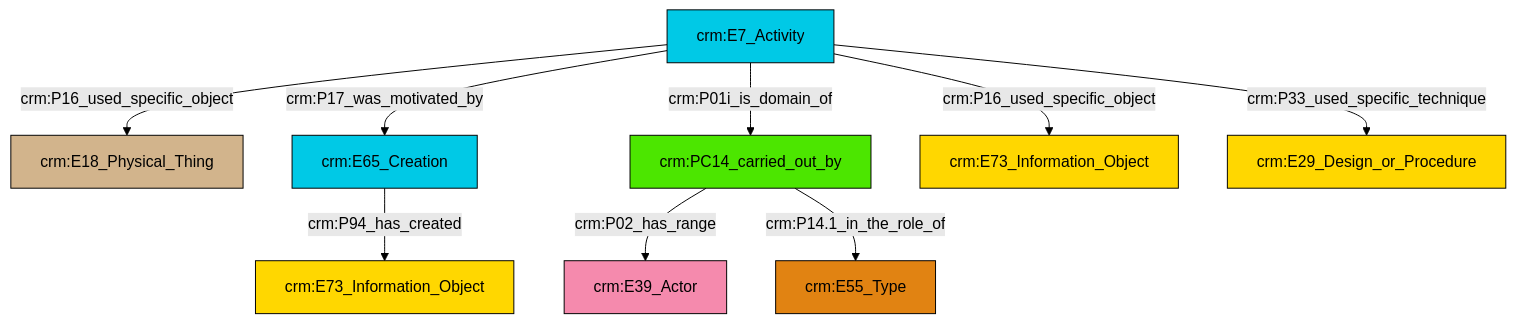
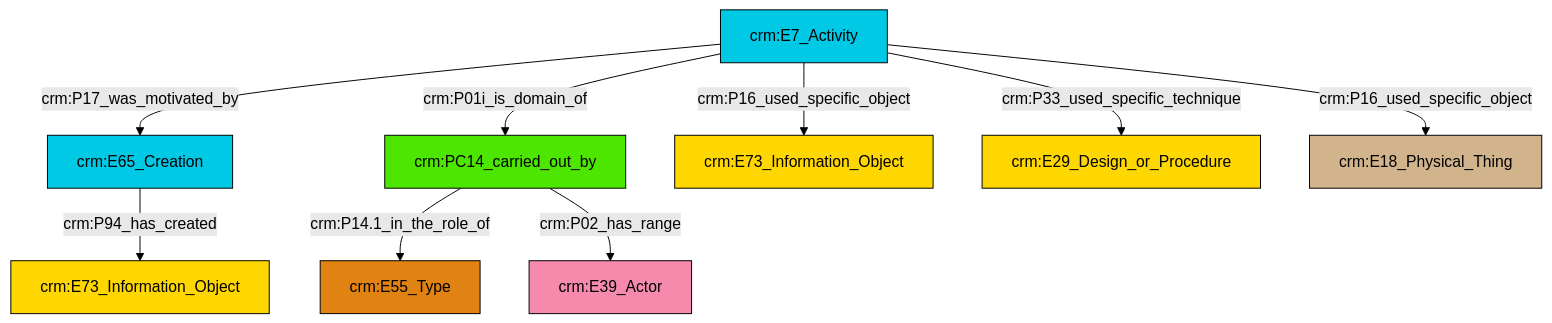
The diagram in et/eventCSV/ttl/mmd/event_participation.ttl.mmd (ncarboni/srdm), drawn with Mermaid (forest theme) before and after one commit. The commit also changed 187 other files, not shown here.

```diff
--- a/et/eventCSV/ttl/mmd/event_participation.ttl.mmd
+++ b/et/eventCSV/ttl/mmd/event_participation.ttl.mmd
@@ -1,23 +1,23 @@
 graph TD
 classDef Literal fill:#f2f2f2,stroke:#000000;
 classDef CRM_Entity fill:#FFFFFF,stroke:#000000;
 classDef Temporal_Entity fill:#00C9E6, stroke:#000000;
 classDef Type fill:#E18312, stroke:#000000;
 classDef Time-Span fill:#2C9C91, stroke:#000000;
 classDef Appellation fill:#FFEB7F, stroke:#000000;
 classDef Place fill:#008836, stroke:#000000;
 classDef Persistent_Item fill:#B266B2, stroke:#000000;
 classDef Conceptual_Object fill:#FFD700, stroke:#000000;
 classDef Physical_Thing fill:#D2B48C, stroke:#000000;
 classDef Actor fill:#f58aad, stroke:#000000;
 classDef PC_Classes fill:#4ce600, stroke:#000000;
 classDef Multi fill:#cccccc,stroke:#000000;
 
-2["crm:E7_Activity"]:::Temporal_Entity -->|crm:P17_was_motivated_by| 3["crm:E65_Creation"]:::Temporal_Entity
-2["crm:E7_Activity"]:::Temporal_Entity -->|crm:P16_used_specific_object| 6["crm:E73_Information_Object"]:::Conceptual_Object
-2["crm:E7_Activity"]:::Temporal_Entity -->|crm:P16_used_specific_object| 0["crm:E18_Physical_Thing"]:::Physical_Thing
-3["crm:E65_Creation"]:::Temporal_Entity -->|crm:P94_has_created| 9["crm:E73_Information_Object"]:::Conceptual_Object
-2["crm:E7_Activity"]:::Temporal_Entity -->|crm:P33_used_specific_technique| 11["crm:E29_Design_or_Procedure"]:::Conceptual_Object
-4["crm:PC14_carried_out_by"]:::PC_Classes -->|crm:P02_has_range| 13["crm:E39_Actor"]:::Actor
-2["crm:E7_Activity"]:::Temporal_Entity -->|crm:P01i_is_domain_of| 4["crm:PC14_carried_out_by"]:::PC_Classes
-4["crm:PC14_carried_out_by"]:::PC_Classes -->|crm:P14.1_in_the_role_of| 7["crm:E55_Type"]:::Type
+0["crm:E7_Activity"]:::Temporal_Entity -->|crm:P17_was_motivated_by| 1["crm:E65_Creation"]:::Temporal_Entity
+2["crm:PC14_carried_out_by"]:::PC_Classes -->|crm:P14.1_in_the_role_of| 3["crm:E55_Type"]:::Type
+0["crm:E7_Activity"]:::Temporal_Entity -->|crm:P01i_is_domain_of| 2["crm:PC14_carried_out_by"]:::PC_Classes
+0["crm:E7_Activity"]:::Temporal_Entity -->|crm:P33_used_specific_technique| 9["crm:E29_Design_or_Procedure"]:::Conceptual_Object
+2["crm:PC14_carried_out_by"]:::PC_Classes -->|crm:P02_has_range| 10["crm:E39_Actor"]:::Actor
+1["crm:E65_Creation"]:::Temporal_Entity -->|crm:P94_has_created| 7["crm:E73_Information_Object"]:::Conceptual_Object
+0["crm:E7_Activity"]:::Temporal_Entity -->|crm:P16_used_specific_object| 5["crm:E73_Information_Object"]:::Conceptual_Object
+0["crm:E7_Activity"]:::Temporal_Entity -->|crm:P16_used_specific_object| 11["crm:E18_Physical_Thing"]:::Physical_Thing
```
